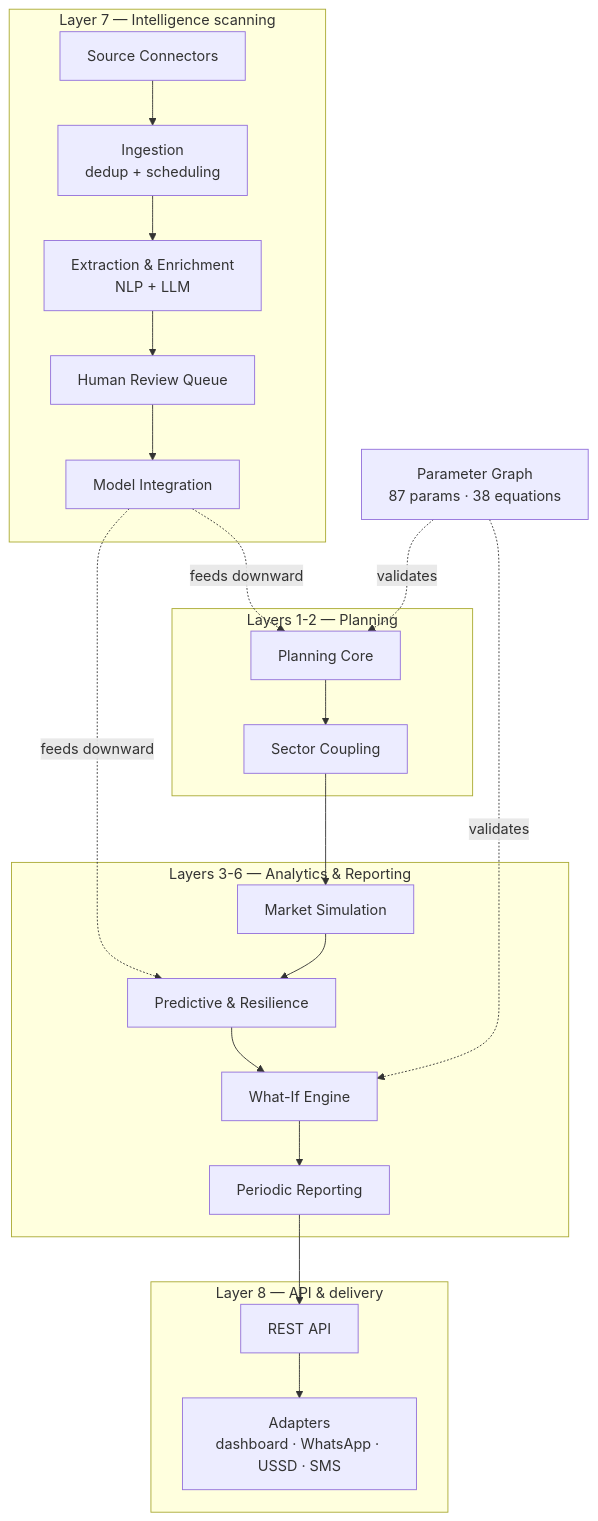
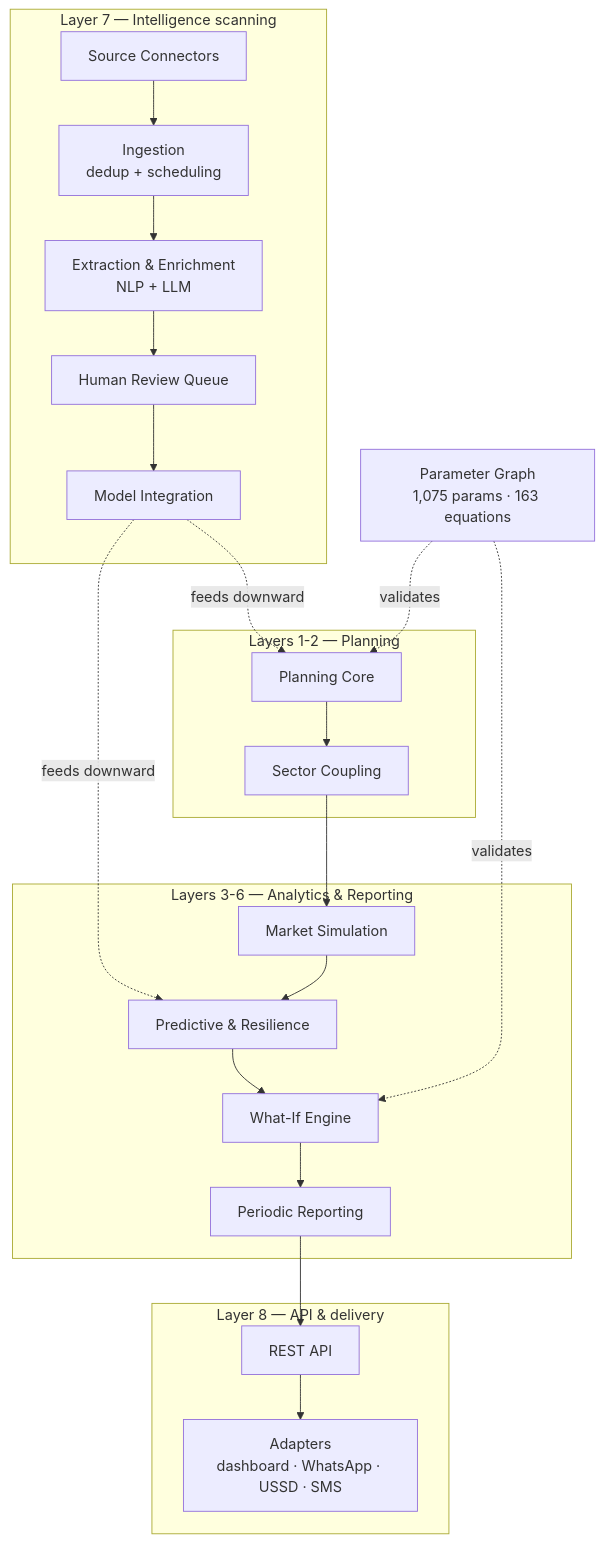
The first of 3 diagrams in README.md (nyimbi/alea), drawn with Mermaid before and after one commit. The commit also changed other lines of this file, not shown here.

First line of the commit message:
README: the PRG's architecture as diagrams, and the register measured

````diff
--- a/README.md
+++ b/README.md
@@ -174,30 +175,30 @@
 ```mermaid
 graph TD
     subgraph L7["Layer 7 — Intelligence scanning"]
         SC[Source Connectors] --> ING[Ingestion<br/>dedup + scheduling]
         ING --> EXT[Extraction & Enrichment<br/>NLP + LLM]
         EXT --> REV[Human Review Queue]
         REV --> MI[Model Integration]
     end
 
     subgraph L1["Layers 1-2 — Planning"]
         PC[Planning Core] --> SEC[Sector Coupling]
     end
 
     subgraph L3["Layers 3-6 — Analytics & Reporting"]
         MKT[Market Simulation] --> PRED[Predictive & Resilience]
         PRED --> WI[What-If Engine]
         WI --> REP[Periodic Reporting]
     end
 
     subgraph L8["Layer 8 — API & delivery"]
         API[REST API] --> AD[Adapters<br/>dashboard · WhatsApp · USSD · SMS]
     end
 
-    PRG[Parameter Graph<br/>87 params · 38 equations] -.validates.-> WI
+    PRG[Parameter Graph<br/>1,075 params · 163 equations] -.validates.-> WI
     PRG -.validates.-> PC
     MI -.feeds downward.-> PC
     MI -.feeds downward.-> PRED
     SEC --> MKT
     REP --> API
 ```
````
